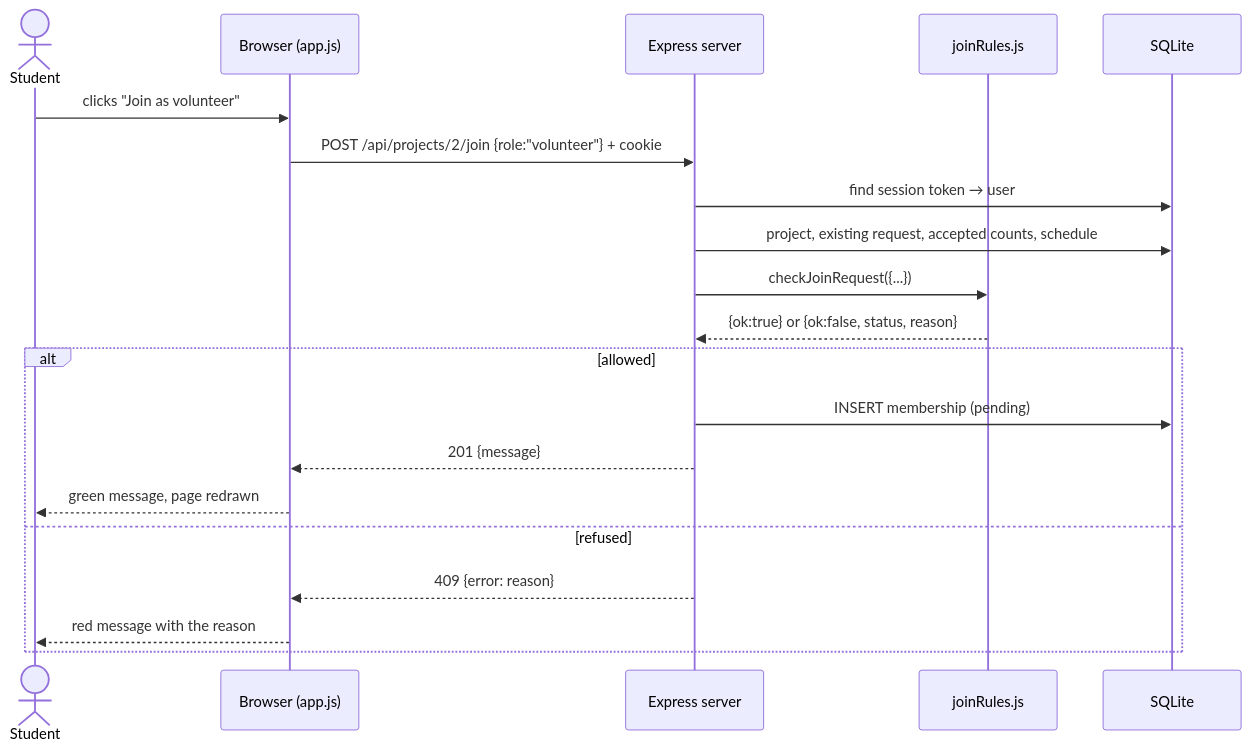
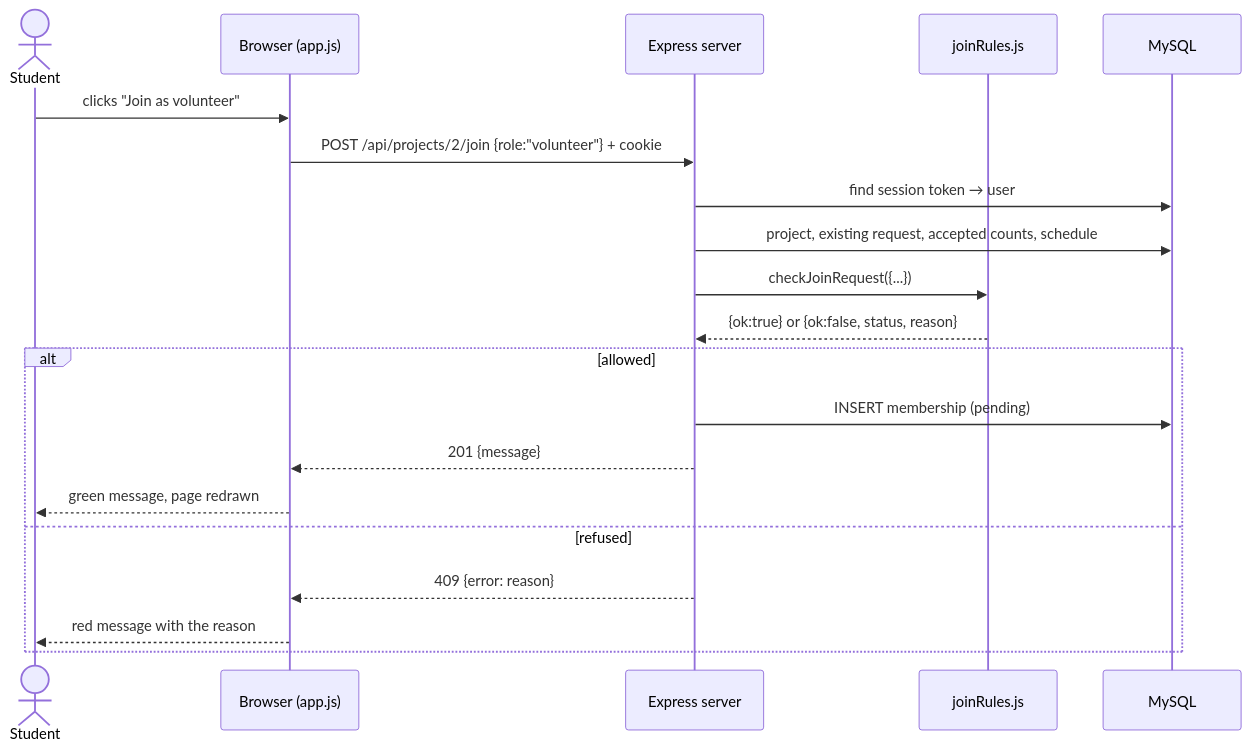
The diagram in docs/diagrams/c6-sequence.mmd (Jainil57/CAS-ACTIVITIES-FINDER-), drawn with Mermaid before and after one commit. The commit also changed 45 other files, not shown here.

```diff
--- a/docs/diagrams/c6-sequence.mmd
+++ b/docs/diagrams/c6-sequence.mmd
@@ -1,20 +1,20 @@
 sequenceDiagram
   actor St as Student
   participant UI as Browser (app.js)
   participant API as Express server
   participant JR as joinRules.js
-  participant DB as SQLite
+  participant DB as MySQL
   St->>UI: clicks "Join as volunteer"
   UI->>API: POST /api/projects/2/join {role:"volunteer"} + cookie
   API->>DB: find session token → user
   API->>DB: project, existing request, accepted counts, schedule
   API->>JR: checkJoinRequest({...})
   JR-->>API: {ok:true} or {ok:false, status, reason}
   alt allowed
     API->>DB: INSERT membership (pending)
     API-->>UI: 201 {message}
     UI-->>St: green message, page redrawn
   else refused
     API-->>UI: 409 {error: reason}
     UI-->>St: red message with the reason
   end
```
